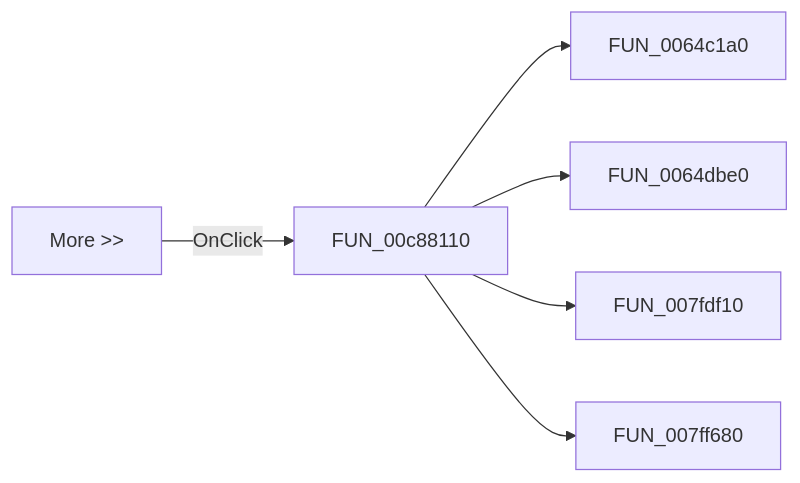
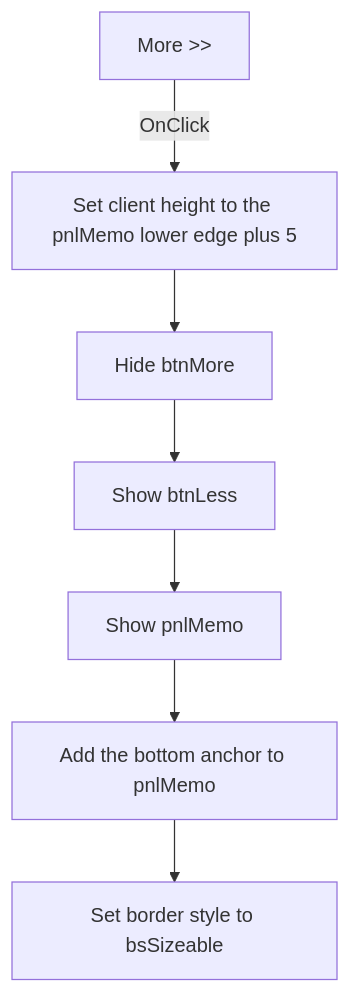
The diagram in docs/ui-controls/frmmatrixerror/btnmore-76a7b0acc6.md (MovGP0/TIARA), drawn with Mermaid before and after one commit. The commit also changed other lines of this file and 387 other files, not shown here.

````diff
--- a/docs/ui-controls/frmmatrixerror/btnmore-76a7b0acc6.md
+++ b/docs/ui-controls/frmmatrixerror/btnmore-76a7b0acc6.md
@@ -27,8 +42,9 @@
 ```mermaid
-flowchart LR
-    control["More >>"] -->|OnClick| handler["FUN_00c88110"]
-    handler --> call1["FUN_0064c1a0"]
-    handler --> call2["FUN_0064dbe0"]
-    handler --> call3["FUN_007fdf10"]
-    handler --> call4["FUN_007ff680"]
+flowchart TD
+    control["More >>"] -->|OnClick| grow["Set client height to the pnlMemo lower edge plus 5"]
+    grow --> more["Hide btnMore"]
+    more --> less["Show btnLess"]
+    less --> panel["Show pnlMemo"]
+    panel --> anchors["Add the bottom anchor to pnlMemo"]
+    anchors --> border["Set border style to bsSizeable"]
 ```
````
